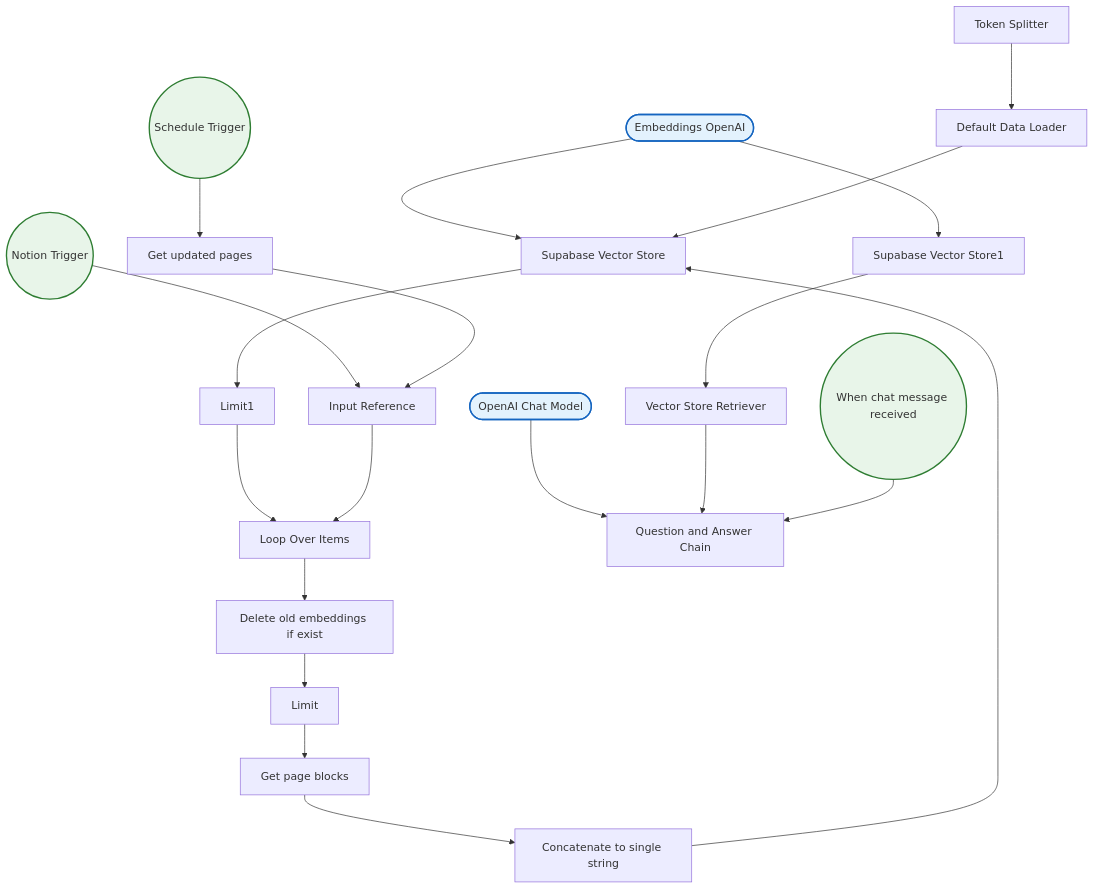
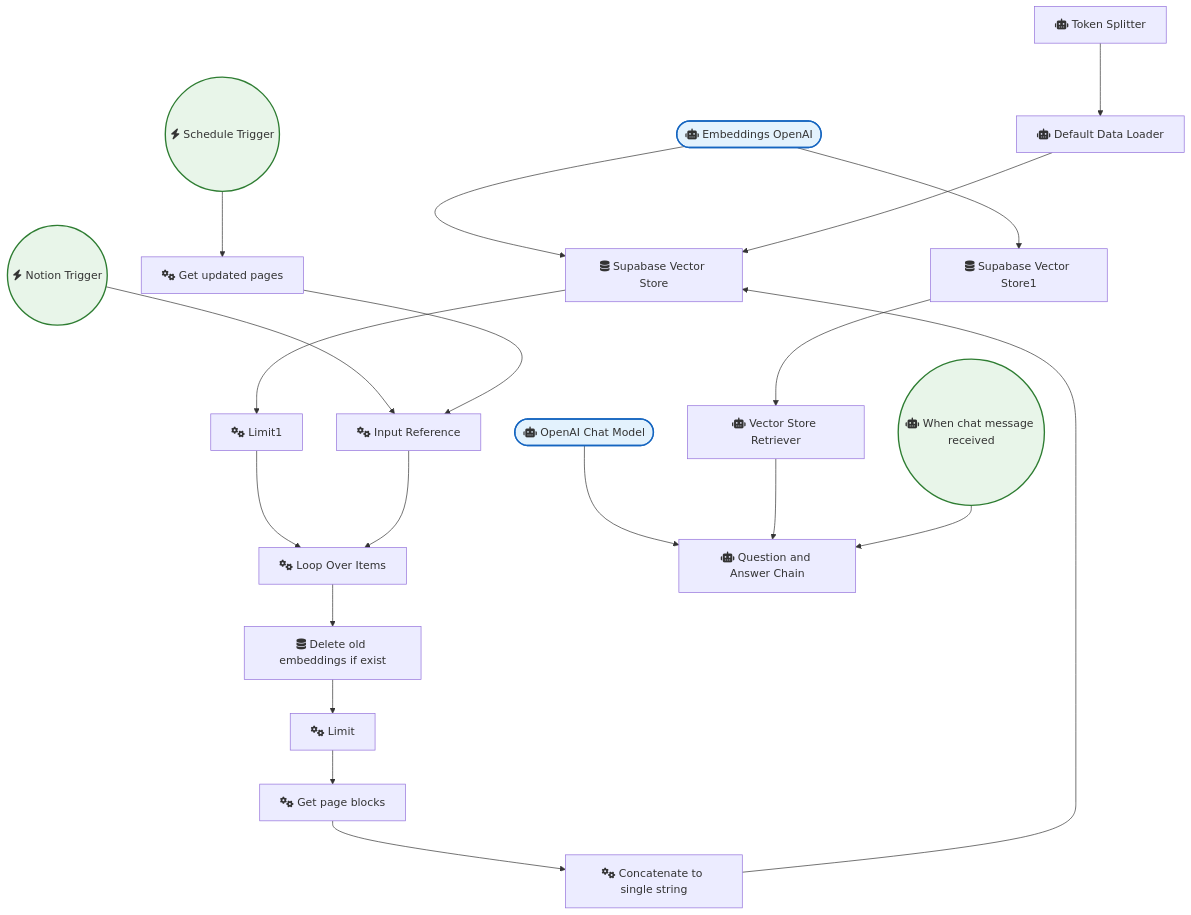
Before and after one commit to sreyash3105/N8N-DEMO-AUTOMATIONS: the diagram in Notion/Rag on Living Data.md, drawn with Mermaid. The commit also changed 291 other files, not shown here.

````diff
--- a/Notion/Rag on Living Data.md
+++ b/Notion/Rag on Living Data.md
@@ -1,46 +1,46 @@
 ```mermaid
 graph TD
     classDef trigger fill:#e8f5e9,stroke:#2e7d32,stroke-width:2px;
     classDef ai fill:#e3f2fd,stroke:#1565c0,stroke-width:2px;
     classDef logic fill:#fff3e0,stroke:#ef6c00,stroke-width:2px;
 
-    Embeddings_OpenAI(["Embeddings OpenAI"]):::ai
-    Token_Splitter["Token Splitter"]
-    Loop_Over_Items["Loop Over Items"]
-    Question_and_Answer_Chain["Question and Answer Chain"]
-    Vector_Store_Retriever["Vector Store Retriever"]
-    OpenAI_Chat_Model(["OpenAI Chat Model"]):::ai
-    When_chat_message_received(("When chat message received")):::trigger
-    Schedule_Trigger(("Schedule Trigger")):::trigger
-    Limit["Limit"]
-    Limit1["Limit1"]
-    Delete_old_embeddings_if_exist["Delete old embeddings if exist"]
-    Get_page_blocks["Get page blocks"]
-    Default_Data_Loader["Default Data Loader"]
-    Input_Reference["Input Reference"]
-    Notion_Trigger(("Notion Trigger")):::trigger
-    Get_updated_pages["Get updated pages"]
-    Supabase_Vector_Store1["Supabase Vector Store1"]
-    Supabase_Vector_Store["Supabase Vector Store"]
-    Concatenate_to_single_string["Concatenate to single string"]
+    Embeddings_OpenAI(["fas:fa-robot Embeddings OpenAI"]):::ai
+    Token_Splitter["fas:fa-robot Token Splitter"]
+    Loop_Over_Items["fas:fa-cogs Loop Over Items"]
+    Question_and_Answer_Chain["fas:fa-robot Question and Answer Chain"]
+    Vector_Store_Retriever["fas:fa-robot Vector Store Retriever"]
+    OpenAI_Chat_Model(["fas:fa-robot OpenAI Chat Model"]):::ai
+    When_chat_message_received(("fas:fa-robot When chat message received")):::trigger
+    Schedule_Trigger(("fas:fa-bolt Schedule Trigger")):::trigger
+    Limit["fas:fa-cogs Limit"]
+    Limit1["fas:fa-cogs Limit1"]
+    Delete_old_embeddings_if_exist["fas:fa-database Delete old embeddings if exist"]
+    Get_page_blocks["fas:fa-cogs Get page blocks"]
+    Default_Data_Loader["fas:fa-robot Default Data Loader"]
+    Input_Reference["fas:fa-cogs Input Reference"]
+    Notion_Trigger(("fas:fa-bolt Notion Trigger")):::trigger
+    Get_updated_pages["fas:fa-cogs Get updated pages"]
+    Supabase_Vector_Store1["fas:fa-database Supabase Vector Store1"]
+    Supabase_Vector_Store["fas:fa-database Supabase Vector Store"]
+    Concatenate_to_single_string["fas:fa-cogs Concatenate to single string"]
 
     Limit --> Get_page_blocks
     Limit1 --> Loop_Over_Items
     Notion_Trigger --> Input_Reference
     Token_Splitter --> Default_Data_Loader
     Get_page_blocks --> Concatenate_to_single_string
     Input_Reference --> Loop_Over_Items
     Loop_Over_Items --> Delete_old_embeddings_if_exist
     Schedule_Trigger --> Get_updated_pages
     Embeddings_OpenAI --> Supabase_Vector_Store
     Embeddings_OpenAI --> Supabase_Vector_Store1
     Get_updated_pages --> Input_Reference
     OpenAI_Chat_Model --> Question_and_Answer_Chain
     Default_Data_Loader --> Supabase_Vector_Store
     Supabase_Vector_Store --> Limit1
     Supabase_Vector_Store1 --> Vector_Store_Retriever
     Vector_Store_Retriever --> Question_and_Answer_Chain
     When_chat_message_received --> Question_and_Answer_Chain
     Concatenate_to_single_string --> Supabase_Vector_Store
     Delete_old_embeddings_if_exist --> Limit
 ```
````
